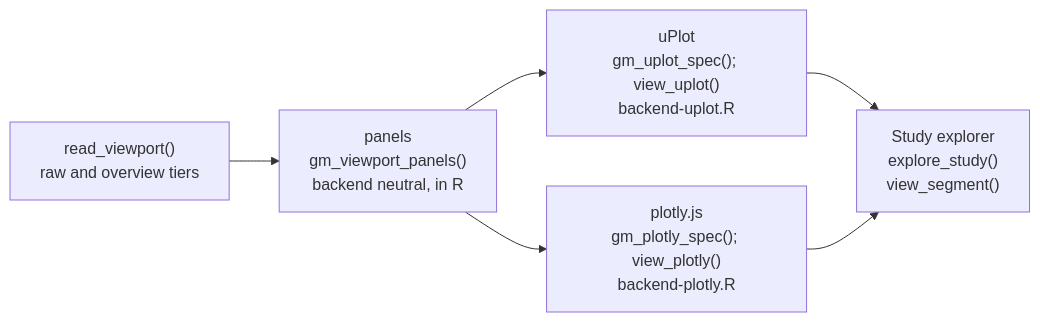
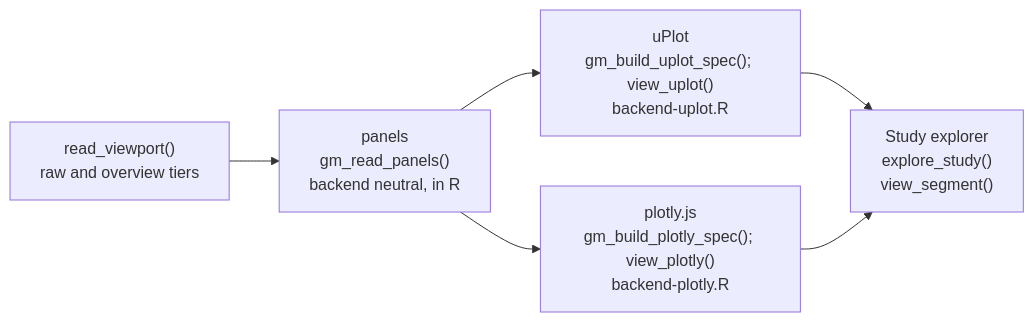
Before and after one commit to shah-in-boots/ggm: the third of 5 diagrams in vignettes/design.qmd, drawn with Mermaid. The commit also changed other lines of this file and 39 other files, not shown here.

````diff
--- a/vignettes/design.qmd
+++ b/vignettes/design.qmd
@@ -218,15 +140,15 @@
 ```{mermaid}
 %%| label: visualization-map
 flowchart LR
     Viewport["read_viewport()<br/>raw and overview tiers"]:::implemented
-    Panels["panels<br/>gm_viewport_panels()<br/>backend neutral, in R"]:::implemented
-    Uplot["uPlot<br/>gm_uplot_spec(); view_uplot()<br/>backend-uplot.R"]:::implemented
-    Plotly["plotly.js<br/>gm_plotly_spec(); view_plotly()<br/>backend-plotly.R"]:::implemented
+    Panels["panels<br/>gm_read_panels()<br/>backend neutral, in R"]:::implemented
+    Uplot["uPlot<br/>gm_build_uplot_spec(); view_uplot()<br/>backend-uplot.R"]:::implemented
+    Plotly["plotly.js<br/>gm_build_plotly_spec(); view_plotly()<br/>backend-plotly.R"]:::implemented
     StudyExplorer["Study explorer<br/>explore_study()<br/>view_segment()"]:::planned
 
     Viewport --> Panels
     Panels --> Uplot
     Panels --> Plotly
     Uplot --> StudyExplorer
     Plotly --> StudyExplorer
 ```
````
